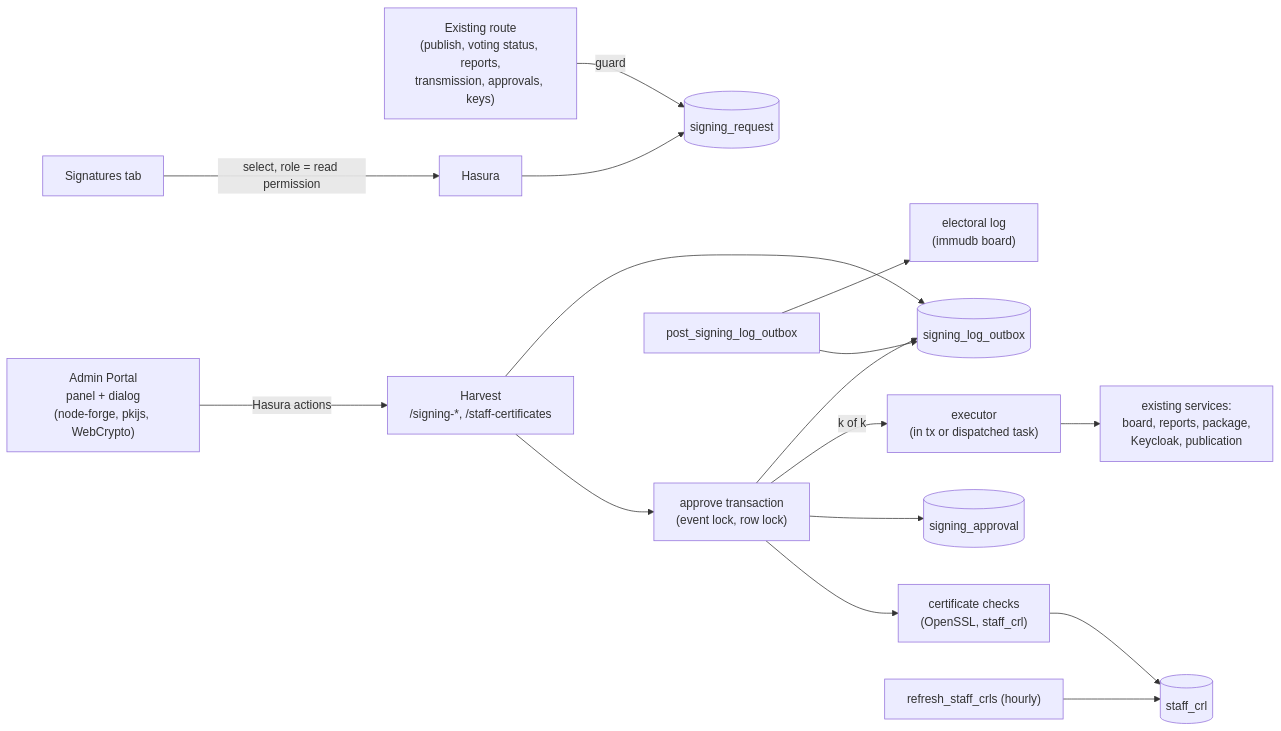
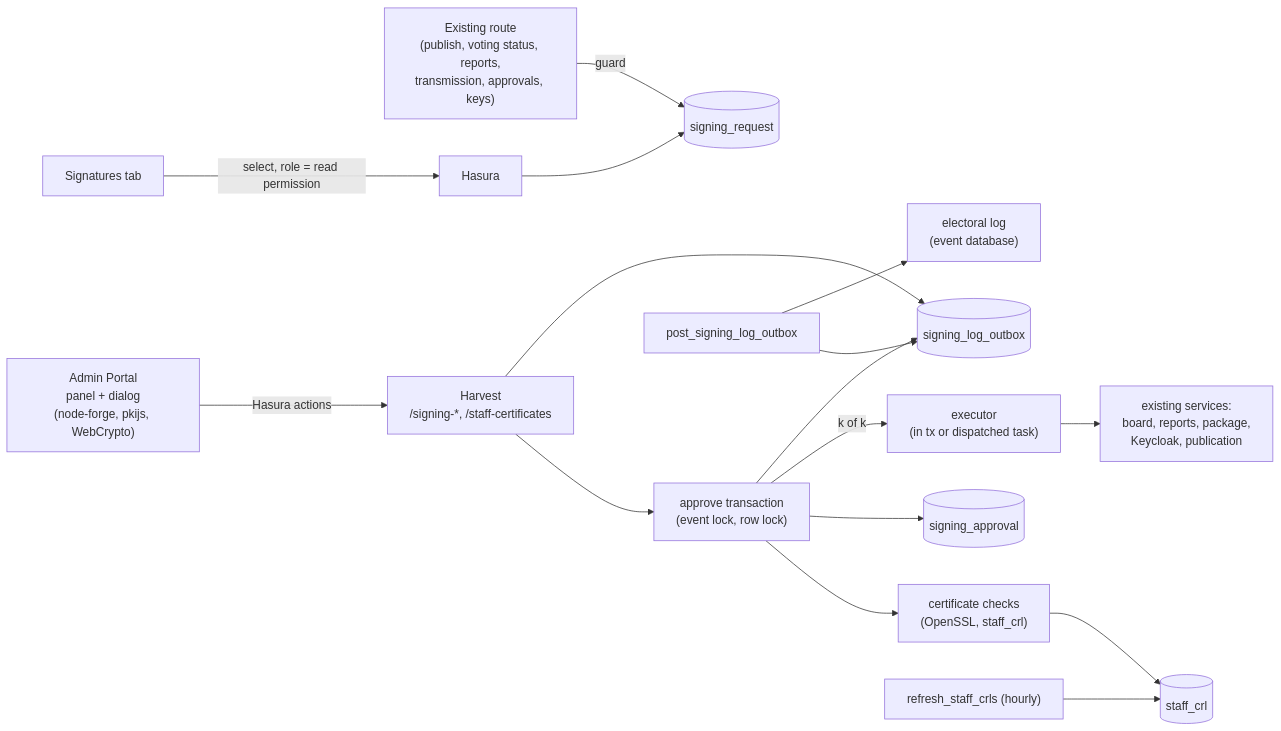
One commit to sequentech/step changed the first of 2 diagrams in docs/docusaurus/docs/07-developers/14-signing/01-signing-architecture.md. Above: the diagram before and after it, drawn with Mermaid. The commit also changed other lines of this file and 837 other files, not shown here.

First line of the commit message:
Merge main into ovcs: PostgreSQL electoral log, ballot box and PGMQ task queues (#3883)

````diff
--- a/docs/docusaurus/docs/07-developers/14-signing/01-signing-architecture.md
+++ b/docs/docusaurus/docs/07-developers/14-signing/01-signing-architecture.md
@@ -36,18 +36,18 @@
 ```mermaid
 flowchart LR
   route["Existing route<br/>(publish, voting status, reports,<br/>transmission, approvals, keys)"] -->|guard| req[("signing_request")]
   portal["Admin Portal<br/>panel + dialog<br/>(node-forge, pkijs, WebCrypto)"] -->|Hasura actions| harvest["Harvest<br/>/signing-*, /staff-certificates"]
   harvest --> approve["approve transaction<br/>(event lock, row lock)"]
   approve --> verify["certificate checks<br/>(OpenSSL, staff_crl)"]
   approve --> appr[("signing_approval")]
   approve -->|k of k| exec["executor<br/>(in tx or dispatched task)"]
   exec --> effects["existing services:<br/>board, reports, package,<br/>Keycloak, publication"]
   approve --> outbox[("signing_log_outbox")]
   harvest --> outbox
   worker["post_signing_log_outbox"] --> outbox
-  worker --> board["electoral log<br/>(immudb board)"]
+  worker --> board["electoral log<br/>(event database)"]
   crl["refresh_staff_crls (hourly)"] --> crls[("staff_crl")]
   verify --> crls
   settings["Signatures tab"] -->|select, role = read permission| hasura["Hasura"]
   hasura --> req
 ```
````
